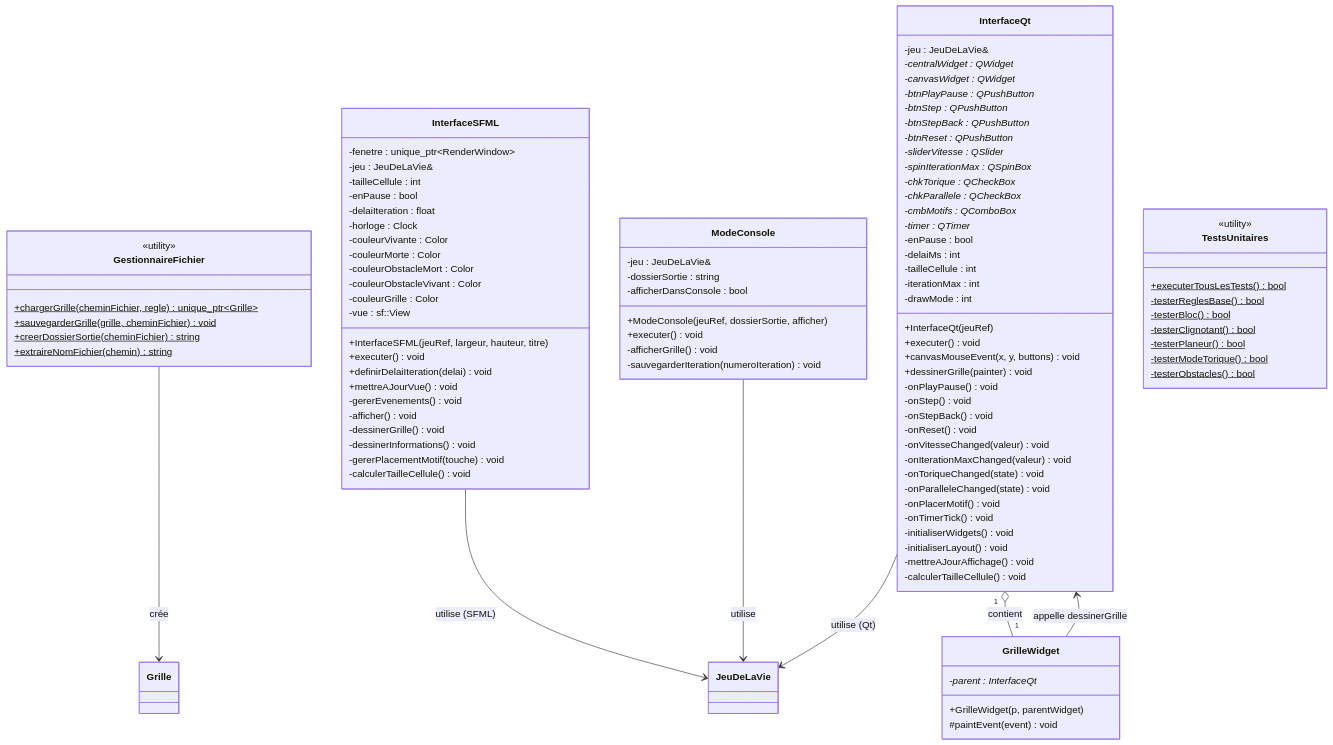
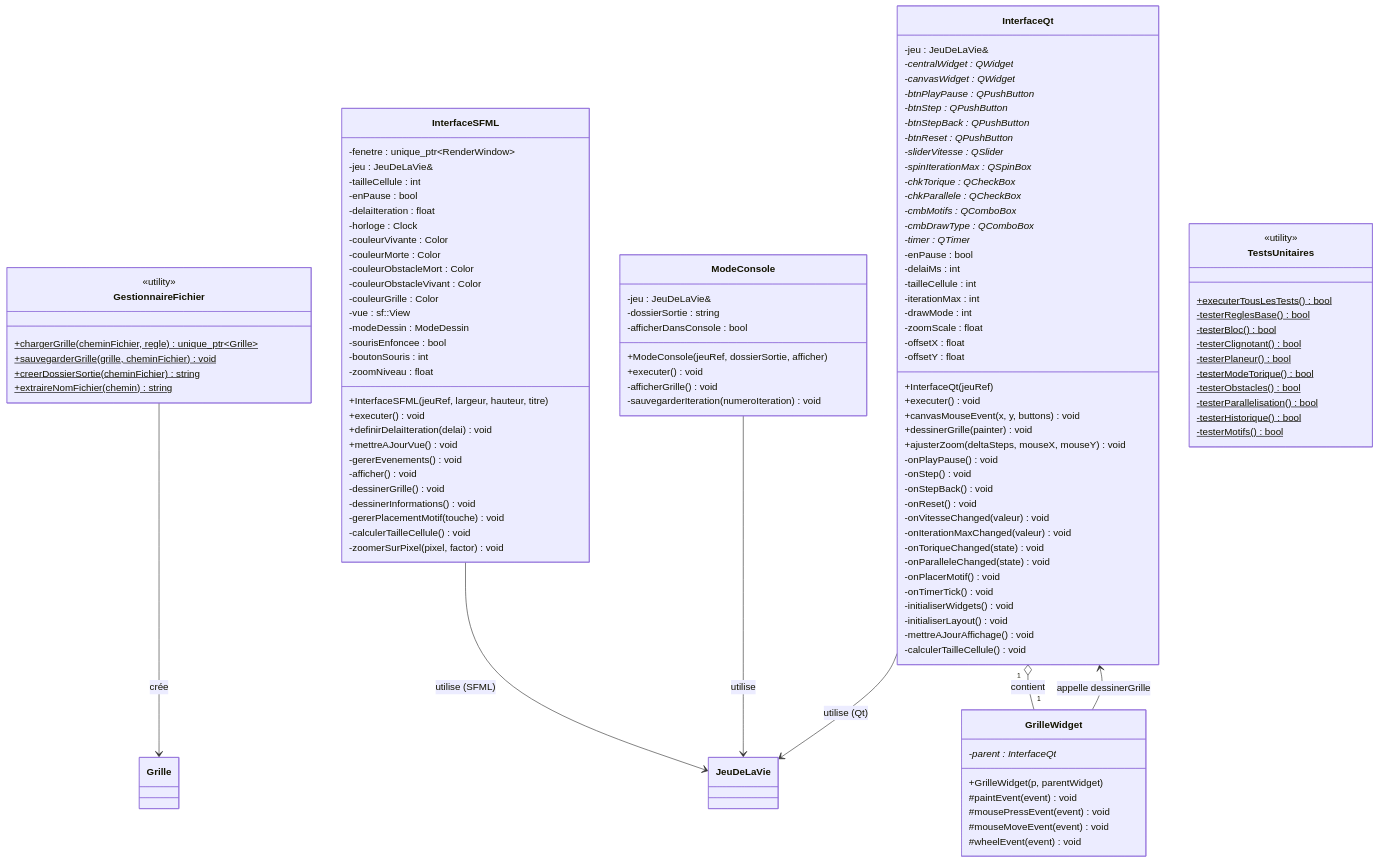
One commit to kira-mari/jeu-de-la-vie changed the fourth of 13 diagrams in CONCEPTION.md. Above: the diagram before and after it, drawn with Mermaid. The commit also changed other lines of this file and 477 other files, not shown here.

```diff
--- a/CONCEPTION.md
+++ b/CONCEPTION.md
@@ -155,6 +155,10 @@
         -couleurObstacleVivant : Color
         -couleurGrille : Color
         -vue : sf::View
+        -modeDessin : ModeDessin
+        -sourisEnfoncee : bool
+        -boutonSouris : int
+        -zoomNiveau : float
         +InterfaceSFML(jeuRef, largeur, hauteur, titre)
         +executer() void
         +definirDelaiIteration(delai) void
@@ -165,6 +169,7 @@
         -dessinerInformations() void
         -gererPlacementMotif(touche) void
         -calculerTailleCellule() void
+        -zoomerSurPixel(pixel, factor) void
     }
     
     class InterfaceQt {
@@ -180,16 +185,21 @@
         -chkTorique : QCheckBox*
         -chkParallele : QCheckBox*
         -cmbMotifs : QComboBox*
+        -cmbDrawType : QComboBox*
         -timer : QTimer*
         -enPause : bool
         -delaiMs : int
         -tailleCellule : int
         -iterationMax : int
         -drawMode : int
+        -zoomScale : float
+        -offsetX : float
+        -offsetY : float
         +InterfaceQt(jeuRef)
         +executer() void
         +canvasMouseEvent(x, y, buttons) void
         +dessinerGrille(painter) void
+        +ajusterZoom(deltaSteps, mouseX, mouseY) void
         -onPlayPause() void
         -onStep() void
         -onStepBack() void
@@ -210,6 +220,9 @@
         -parent : InterfaceQt*
         +GrilleWidget(p, parentWidget)
         #paintEvent(event) void
+        #mousePressEvent(event) void
+        #mouseMoveEvent(event) void
+        #wheelEvent(event) void
     }
     
     class ModeConsole {
@@ -231,6 +244,9 @@
         -testerPlaneur()$ bool
         -testerModeTorique()$ bool
         -testerObstacles()$ bool
+        -testerParallelisation()$ bool
+        -testerHistorique()$ bool
+        -testerMotifs()$ bool
     }
     
     InterfaceSFML --> JeuDeLaVie : utilise (SFML)
```
